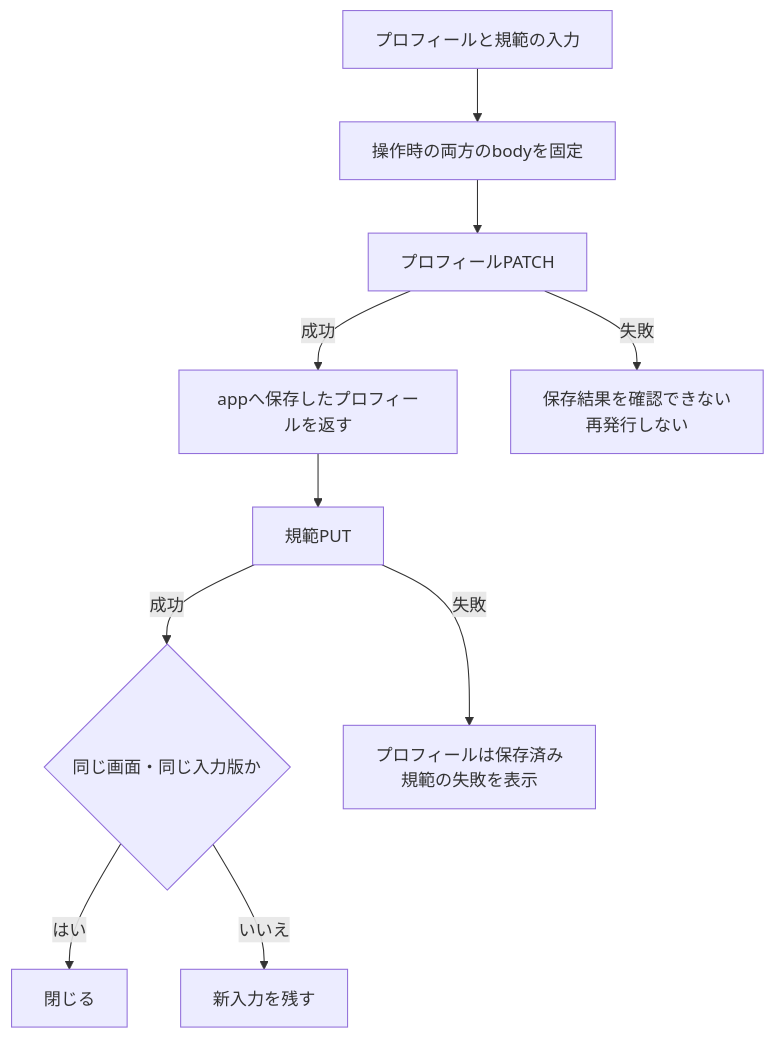
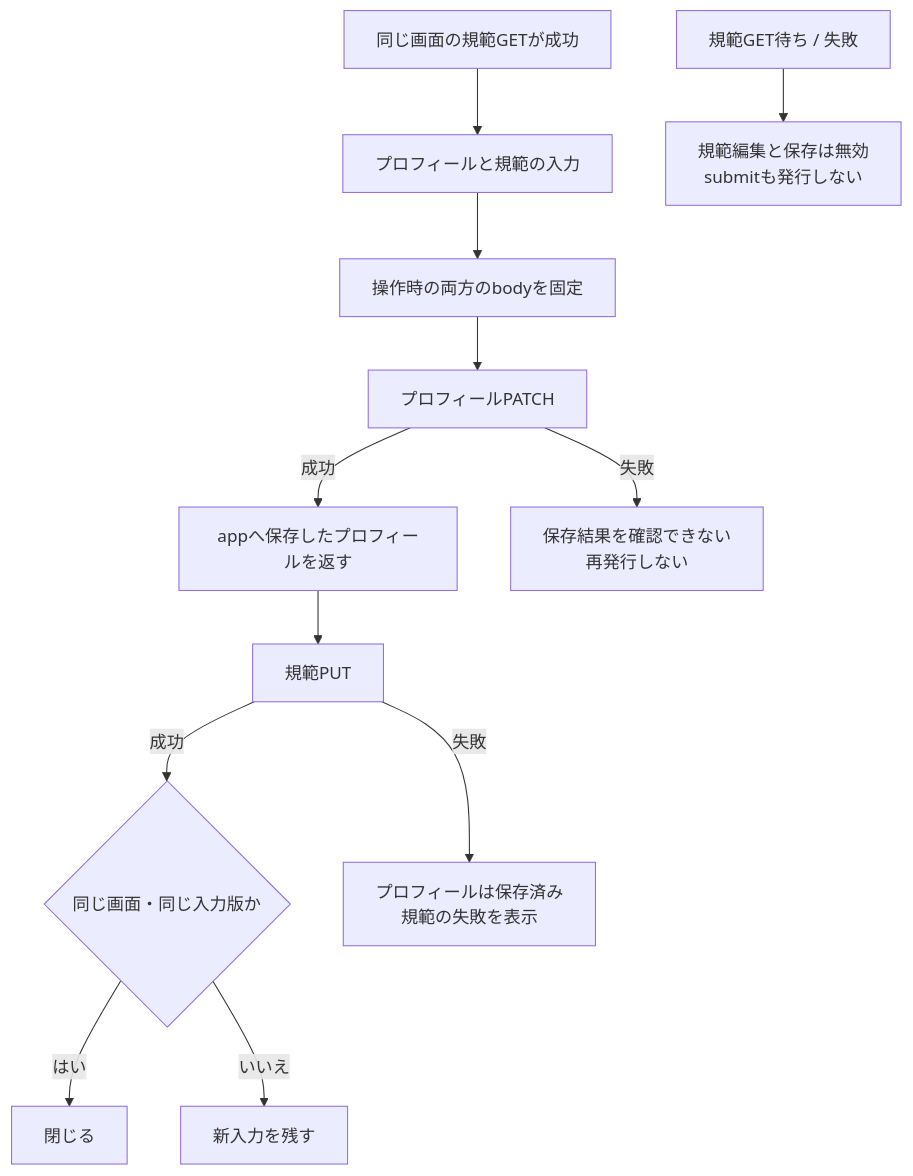
The second of 5 diagrams in docs/architecture/web-management-details.md (kitepon/BellTeam), drawn with Mermaid before and after one commit. The commit also changed other lines of this file and 6 other files, not shown here.

````diff
--- a/docs/architecture/web-management-details.md
+++ b/docs/architecture/web-management-details.md
@@ -41,12 +41,14 @@
 ```mermaid
 flowchart TD
-  Input["プロフィールと規範の入力"] --> Snapshot["操作時の両方のbodyを固定"]
+  Read["同じ画面の規範GETが成功"] --> Input["プロフィールと規範の入力"]
+  Unread["規範GET待ち / 失敗"] --> Disabled["規範編集と保存は無効<br/>submitも発行しない"]
+  Input --> Snapshot["操作時の両方のbodyを固定"]
   Snapshot --> Profile["プロフィールPATCH"]
   Profile -->|"成功"| Header["appへ保存したプロフィールを返す"]
   Header --> Rules["規範PUT"]
   Rules -->|"成功"| Current{"同じ画面・同じ入力版か"}
   Current -->|"はい"| Close["閉じる"]
   Current -->|"いいえ"| Keep["新入力を残す"]
   Rules -->|"失敗"| Partial["プロフィールは保存済み<br/>規範の失敗を表示"]
   Profile -->|"失敗"| Failure["保存結果を確認できない<br/>再発行しない"]
 ```
````
